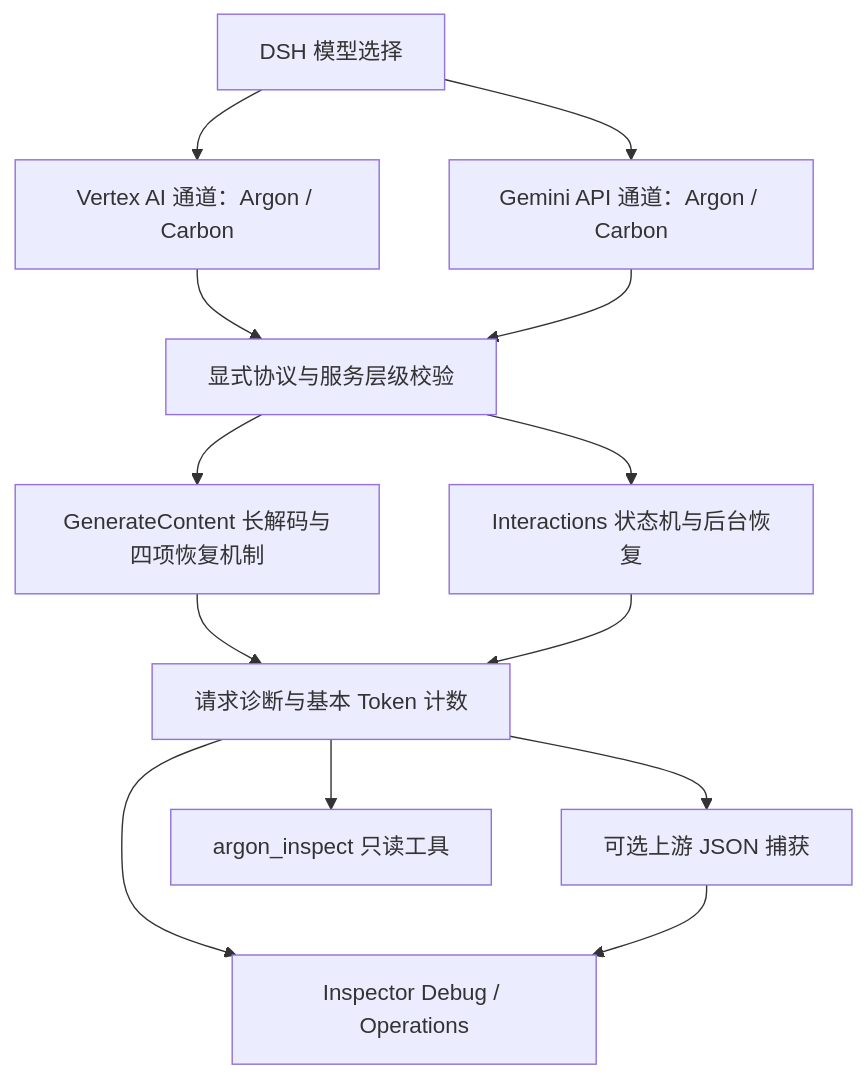
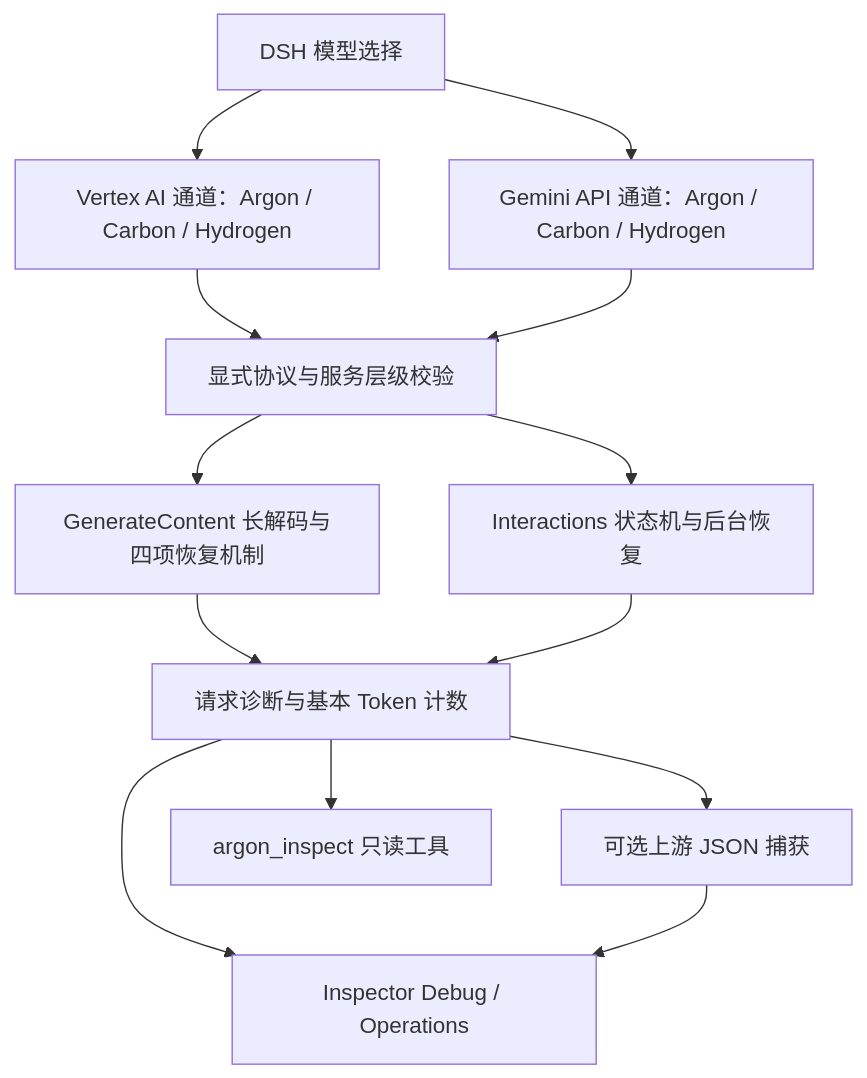
The diagram in docs/implementation/README.md (higekibaka/dsh-vertex-argon), drawn with Mermaid before and after one commit. The commit also changed other lines of this file and 17 other files, not shown here.

Commit message:
feat: add Gemini 4 Hydrogen official routes and xhigh reasoning effort

````diff
--- a/docs/implementation/README.md
+++ b/docs/implementation/README.md
@@ -21,15 +21,15 @@
 ```mermaid
 flowchart TD
-    U[DSH 模型选择] --> V[Vertex AI 通道：Argon / Carbon]
-    U --> G[Gemini API 通道：Argon / Carbon]
+    U[DSH 模型选择] --> V[Vertex AI 通道：Argon / Carbon / Hydrogen]
+    U --> G[Gemini API 通道：Argon / Carbon / Hydrogen]
     V --> P[显式协议与服务层级校验]
     G --> P
     P --> GC[GenerateContent 长解码与四项恢复机制]
     P --> IA[Interactions 状态机与后台恢复]
     GC --> D[请求诊断与基本 Token 计数]
     IA --> D
     D --> R[可选上游 JSON 捕获]
     D --> UI[Inspector Debug / Operations]
     R --> UI
     D --> T[argon_inspect 只读工具]
 ```
````
